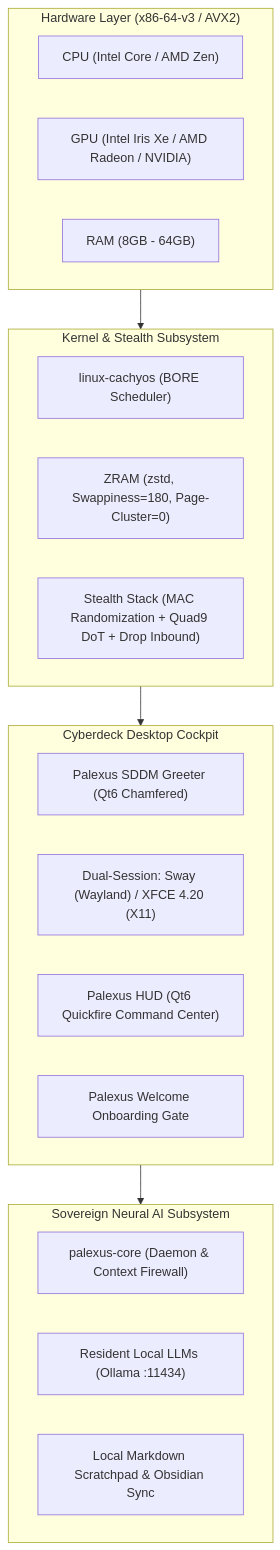
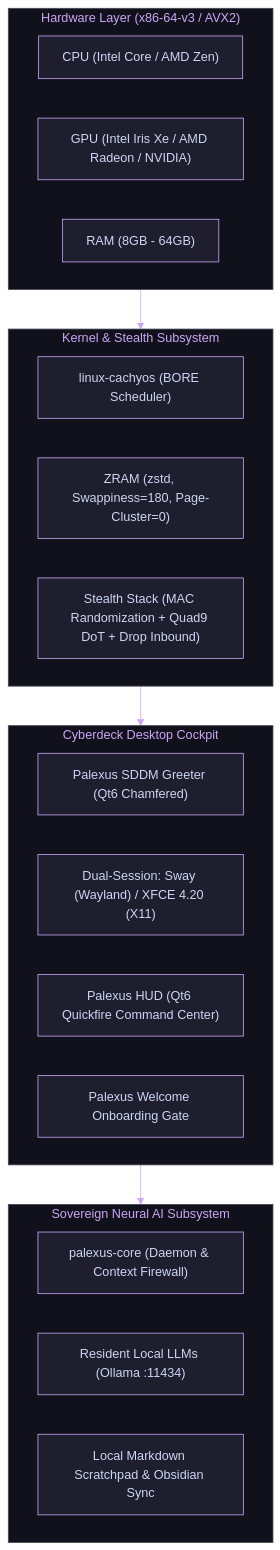
Before and after one commit to earnerbaymalay/palexusOS: the diagram in README.md, drawn with Mermaid. The commit also changed other lines of this file and 8 other files, not shown here.

````diff
--- a/README.md
+++ b/README.md
@@ -95,31 +105,32 @@
 ```mermaid
+%%{init: {'theme': 'base', 'themeVariables': {'primaryColor': '#1e1e2e', 'primaryTextColor': '#cdd6f4', 'primaryBorderColor': '#cba6f7', 'lineColor': '#cba6f7', 'secondaryColor': '#181825', 'tertiaryColor': '#11111b', 'clusterBkg': '#11111b', 'clusterBorder': '#45475a', 'titleColor': '#cba6f7', 'edgeLabelBackground': '#11111b', 'fontFamily': 'JetBrains Mono, ui-monospace, monospace'}}}%%
 flowchart TD
     subgraph Hardware ["Hardware Layer (x86-64-v3 / AVX2)"]
         CPU["CPU (Intel Core / AMD Zen)"]
         GPU["GPU (Intel Iris Xe / AMD Radeon / NVIDIA)"]
         RAM["RAM (8GB - 64GB)"]
     end
 
     subgraph KernelLayer ["Kernel & Stealth Subsystem"]
         Kernel["linux-cachyos (BORE Scheduler)"]
         ZRAM["ZRAM (zstd, Swappiness=180, Page-Cluster=0)"]
         Stealth["Stealth Stack (MAC Randomization + Quad9 DoT + Drop Inbound)"]
     end
 
     subgraph DesktopSubsystem ["Cyberdeck Desktop Cockpit"]
         DisplayMgr["Palexus SDDM Greeter (Qt6 Chamfered)"]
         Compositor["Dual-Session: Sway (Wayland) / XFCE 4.20 (X11)"]
         HUD["Palexus HUD (Qt6 Quickfire Command Center)"]
         Onboarding["Palexus Welcome Onboarding Gate"]
     end
 
     subgraph NeuralSubsystem ["Sovereign Neural AI Subsystem"]
         Core["palexus-core (Daemon & Context Firewall)"]
         Ollama["Resident Local LLMs (Ollama :11434)"]
         Brain["Local Markdown Scratchpad & Obsidian Sync"]
     end
 
     Hardware --> KernelLayer
     KernelLayer --> DesktopSubsystem
     DesktopSubsystem --> NeuralSubsystem
 ```
````
